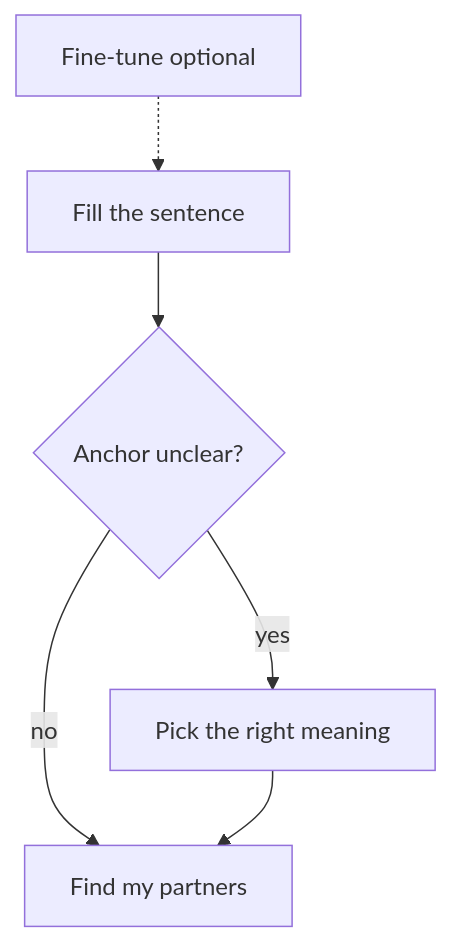
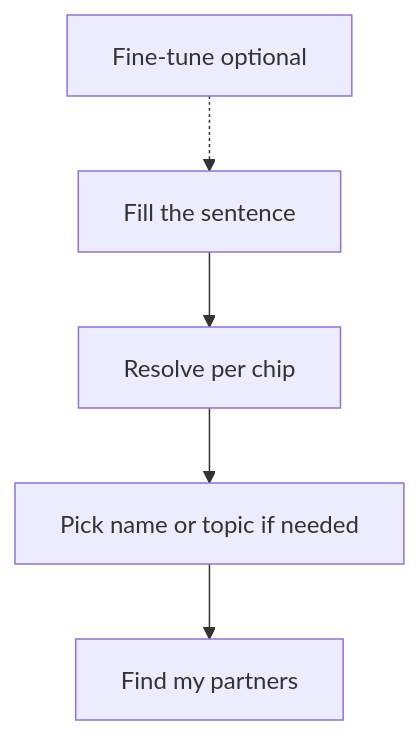
Before and after one commit to smehra670/venn-qloo-hackathon: the second of 4 diagrams in docs/ALL_FEATURES.md, drawn with Mermaid. The commit also changed other lines of this file and 116 other files, not shown here.

````diff
--- a/docs/ALL_FEATURES.md
+++ b/docs/ALL_FEATURES.md
@@ -40,8 +41,7 @@
 ```mermaid
 flowchart TD
-  Form[Fill the sentence] --> Ambiguous{Anchor unclear?}
-  Ambiguous -->|yes| Confirm[Pick the right meaning]
-  Ambiguous -->|no| Start[Find my partners]
-  Confirm --> Start
+  Form[Fill the sentence] --> Chip[Resolve per chip]
+  Chip --> Pick[Pick name or topic if needed]
+  Pick --> Start[Find my partners]
   FineTune[Fine-tune optional] -.-> Form
 ```
````
